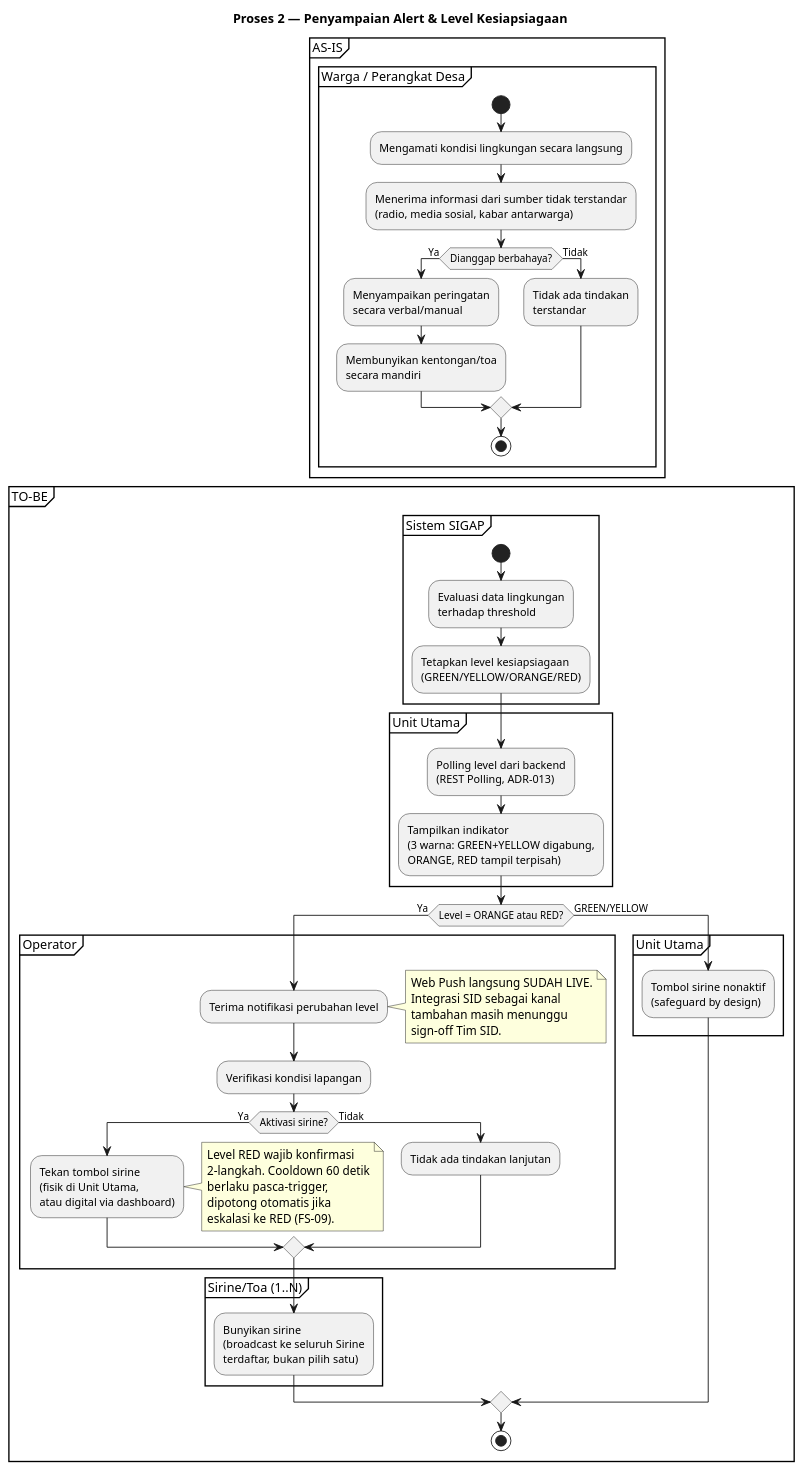
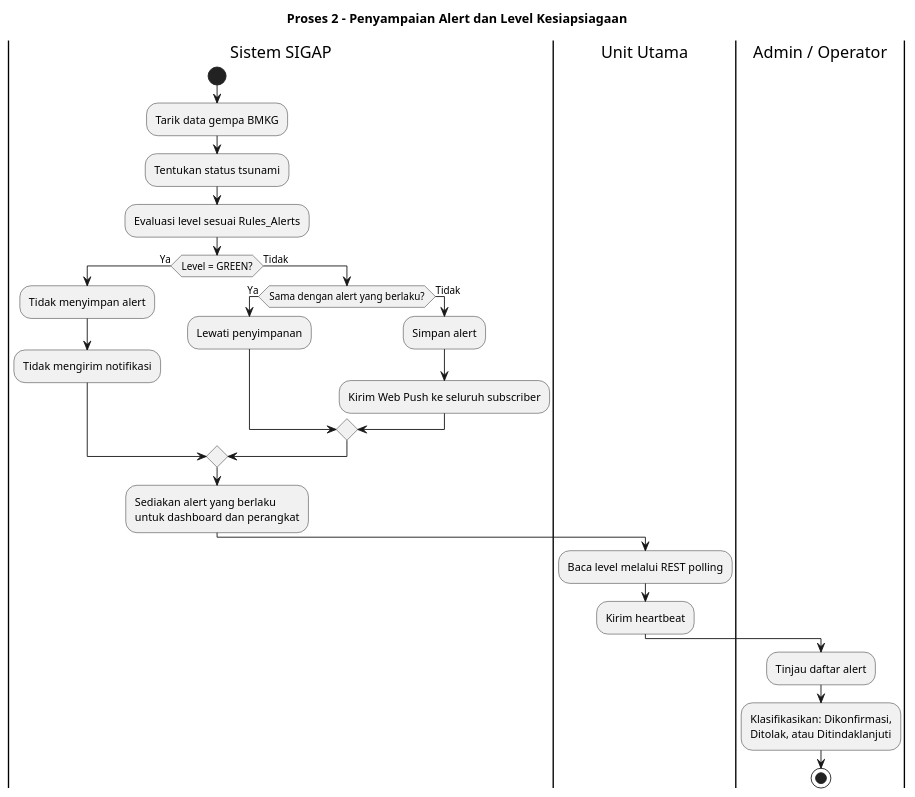
The diagram in docs/business/business_workflow/bw_alert_kesiapsiagaan.puml (Vextronode/sigap_app), drawn with PlantUML before and after one commit. The commit also changed 97 other files, not shown here.

First line of the commit message:
docs: selaraskan dokumentasi dengan kondisi aktual project

```diff
--- a/docs/business/business_workflow/bw_alert_kesiapsiagaan.puml
+++ b/docs/business/business_workflow/bw_alert_kesiapsiagaan.puml
@@ -1,90 +1,33 @@
 @startuml bw_alert_kesiapsiagaan
-title Proses 2 — Penyampaian Alert & Level Kesiapsiagaan
+title Proses 2 - Penyampaian Alert dan Level Kesiapsiagaan
 
-' ============================
-' AS-IS
-' ============================
+|Sistem SIGAP|
+start
+:Tarik data gempa BMKG;
+:Tentukan status tsunami;
+:Evaluasi level sesuai Rules_Alerts;
 
-partition "AS-IS" {
+if (Level = GREEN?) then (Ya)
+    :Tidak menyimpan alert;
+    :Tidak mengirim notifikasi;
+else (Tidak)
+    if (Sama dengan alert yang berlaku?) then (Ya)
+        :Lewati penyimpanan;
+    else (Tidak)
+        :Simpan alert;
+        :Kirim Web Push ke seluruh subscriber;
+    endif
+endif
 
-    partition "Warga / Perangkat Desa" {
-        start
+:Sediakan alert yang berlaku\nuntuk dashboard dan perangkat;
 
-        :Mengamati kondisi lingkungan secara langsung;
-        :Menerima informasi dari sumber tidak terstandar\n(radio, media sosial, kabar antarwarga);
+|Unit Utama|
+:Baca level melalui REST polling;
+:Kirim heartbeat;
 
-        if (Dianggap berbahaya?) then (Ya)
-            :Menyampaikan peringatan\nsecara verbal/manual;
-            :Membunyikan kentongan/toa\nsecara mandiri;
-        else (Tidak)
-            :Tidak ada tindakan\nterstandar;
-        endif
-
-        stop
-    }
-
-}
-
-' ============================
-' TO-BE
-' ============================
-
-partition "TO-BE" {
-
-    partition "Sistem SIGAP" {
-        start
-
-        :Evaluasi data lingkungan\nterhadap threshold;
-        :Tetapkan level kesiapsiagaan\n(GREEN/YELLOW/ORANGE/RED);
-    }
-
-    partition "Unit Utama" {
-        :Polling level dari backend\n(REST Polling, ADR-013);
-        :Tampilkan indikator\n(3 warna: GREEN+YELLOW digabung,\nORANGE, RED tampil terpisah);
-    }
-
-    if (Level = ORANGE atau RED?) then (Ya)
-
-        partition "Operator" {
-
-            :Terima notifikasi perubahan level;
-
-            note right
-            Web Push langsung SUDAH LIVE.
-            Integrasi SID sebagai kanal
-            tambahan masih menunggu
-            sign-off Tim SID.
-            end note
-
-            :Verifikasi kondisi lapangan;
-
-            if (Aktivasi sirine?) then (Ya)
-                :Tekan tombol sirine\n(fisik di Unit Utama,\natau digital via dashboard);
-                note right
-                Level RED wajib konfirmasi
-                2-langkah. Cooldown 60 detik
-                berlaku pasca-trigger,
-                dipotong otomatis jika
-                eskalasi ke RED (FS-09).
-                end note
-            else (Tidak)
-                :Tidak ada tindakan lanjutan;
-            endif
-        }
-
-        partition "Sirine/Toa (1..N)" {
-            :Bunyikan sirine\n(broadcast ke seluruh Sirine\nterdaftar, bukan pilih satu);
-        }
-
-    else (GREEN/YELLOW)
-
-        partition "Unit Utama" {
-            :Tombol sirine nonaktif\n(safeguard by design);
-        }
-
-    endif
-
-    stop
-}
+|Admin / Operator|
+:Tinjau daftar alert;
+:Klasifikasikan: Dikonfirmasi,\nDitolak, atau Ditindaklanjuti;
+stop
 
 @enduml
```
